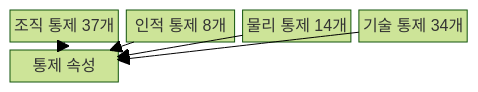
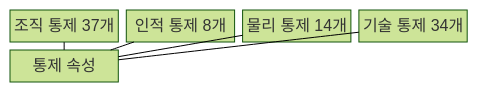
The first of 2 diagrams in src/content/docs/notes/05-security/106_iso_27001_2022_revision.md (agnusdei1207/knowledge-base), drawn with Mermaid (forest theme) before and after one commit. The commit also changed other lines of this file and 493 other files, not shown here.

````diff
--- a/src/content/docs/notes/05-security/106_iso_27001_2022_revision.md
+++ b/src/content/docs/notes/05-security/106_iso_27001_2022_revision.md
@@ -63,13 +63,13 @@
 ```mermaid
-block
+block-beta
   columns 4
   O["조직 통제 37개"]
   P["인적 통제 8개"]
   H["물리 통제 14개"]
   T["기술 통제 34개"]
   A["통제 속성"]
-  O --> A
-  P --> A
-  H --> A
-  T --> A
+  O --- A
+  P --- A
+  H --- A
+  T --- A
 ```
````
